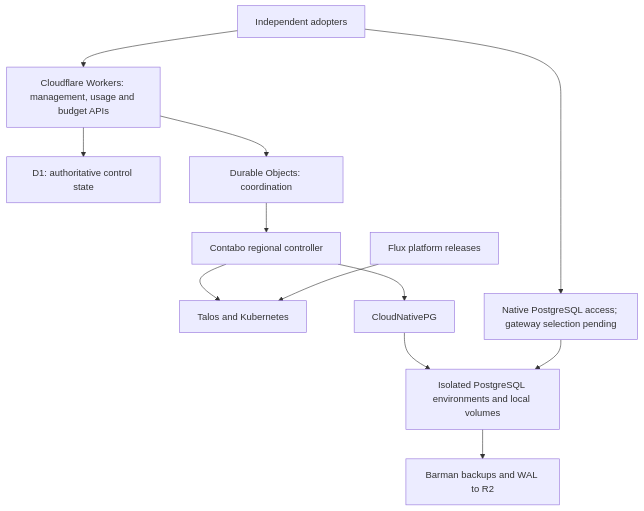
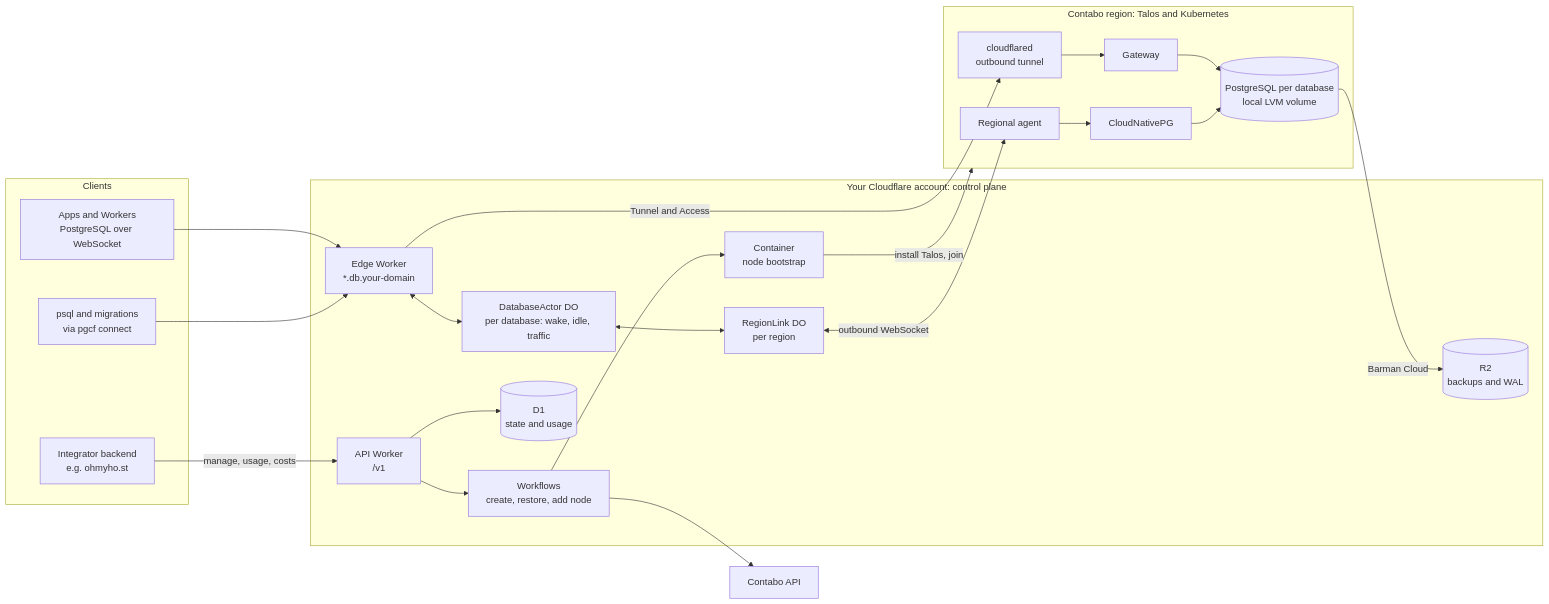
The first of 2 diagrams in README.md (amerged-org/cloudflare-postgres), drawn with Mermaid before and after one commit. The commit also changed other lines of this file and 10 other files, not shown here.

First line of the commit message:
Reset the plan to a lean Cloudflare-controlled PostgreSQL service

````diff
--- a/README.md
+++ b/README.md
@@ -43,14 +24,47 @@
 ```mermaid
-flowchart TB
-    Adopters["Independent adopters"] --> API["Cloudflare Workers: management, usage and budget APIs"]
-    API --> State["D1: authoritative control state"]
-    API --> Coordination["Durable Objects: coordination"]
-    Coordination --> Controller["Contabo regional controller"]
-    Controller --> Fleet["Talos and Kubernetes"]
-    Controller --> CNPG["CloudNativePG"]
-    CNPG --> Databases["Isolated PostgreSQL environments and local volumes"]
-    Adopters --> Access["Native PostgreSQL access; gateway selection pending"]
-    Access --> Databases
-    Databases --> Backups["Barman backups and WAL to R2"]
-    Flux["Flux platform releases"] --> Fleet
+flowchart LR
+  subgraph Clients
+    App["Apps and Workers<br/>PostgreSQL over WebSocket"]
+    Tools["psql and migrations<br/>via pgcf connect"]
+    Integrator["Integrator backend<br/>e.g. ohmyho.st"]
+  end
+
+  subgraph CF["Your Cloudflare account: control plane"]
+    Edge["Edge Worker<br/>*.db.your-domain"]
+    API["API Worker<br/>/v1"]
+    DBA["DatabaseActor DO<br/>per database: wake, idle, traffic"]
+    RL["RegionLink DO<br/>per region"]
+    WF["Workflows<br/>create, restore, add node"]
+    D1[("D1<br/>state and usage")]
+    R2[("R2<br/>backups and WAL")]
+    Boot["Container<br/>node bootstrap"]
+  end
+
+  subgraph Region["Contabo region: Talos and Kubernetes"]
+    CFD["cloudflared<br/>outbound tunnel"]
+    GW["Gateway"]
+    Agent["Regional agent"]
+    CNPG["CloudNativePG"]
+    PG[("PostgreSQL per database<br/>local LVM volume")]
+  end
+
+  Contabo["Contabo API"]
+
+  App --> Edge
+  Tools --> Edge
+  Integrator -->|"manage, usage, costs"| API
+  Edge <--> DBA
+  Edge -->|"Tunnel and Access"| CFD
+  CFD --> GW
+  GW --> PG
+  API --> D1
+  API --> WF
+  DBA <--> RL
+  RL <-->|"outbound WebSocket"| Agent
+  Agent --> CNPG
+  CNPG --> PG
+  PG -->|"Barman Cloud"| R2
+  WF --> Contabo
+  WF --> Boot
+  Boot -->|"install Talos, join"| Region
 ```
````
